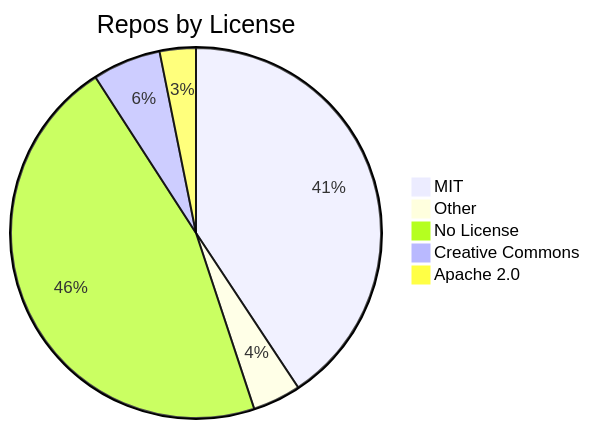
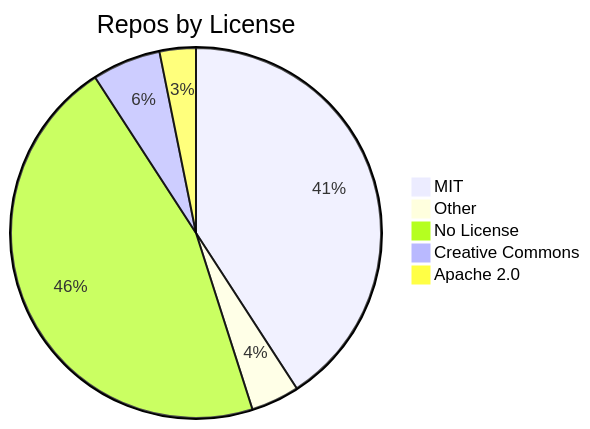
The diagram in README.md (jpatterson933/awesome-mcp-server-repo-index), drawn with Mermaid before and after one commit. The commit also changed other lines of this file and 3 other files, not shown here.

````diff
--- a/README.md
+++ b/README.md
@@ -29,8 +29,8 @@
 ```mermaid
 pie title Repos by License
     "MIT" : 116
     "Other" : 12
-    "No License" : 131
+    "No License" : 130
     "Creative Commons" : 17
     "Apache 2.0" : 9
 ```
````
